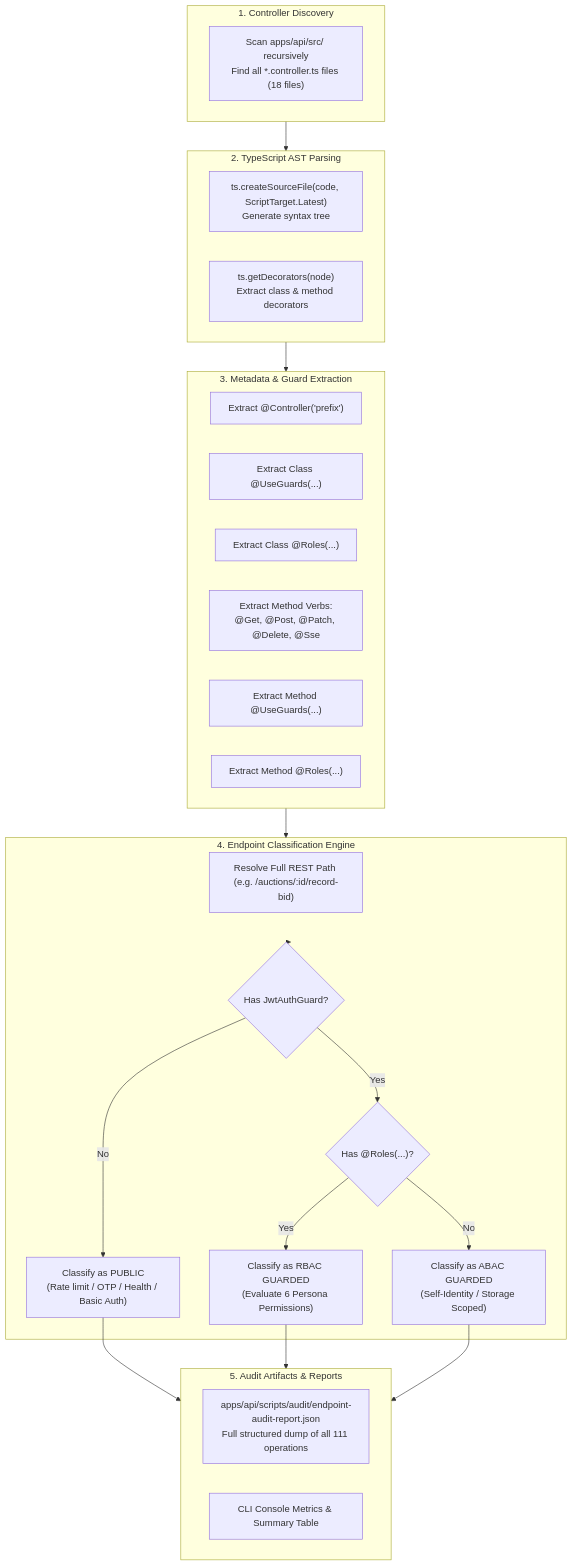
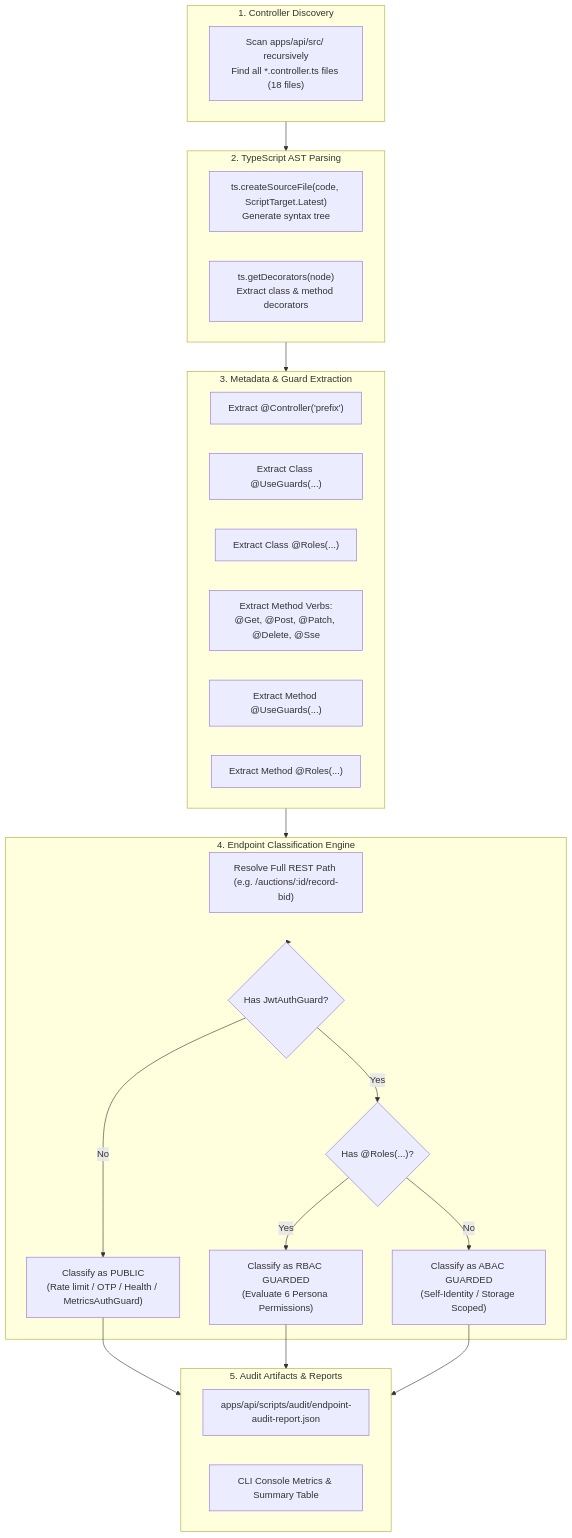
One commit to Kathir-24/Kumaran-finance changed the diagram in apps/api/scripts/docs/audit-persona-enforcement.md. Above: the diagram before and after it, drawn with Mermaid. The commit also changed other lines of this file and 4 other files, not shown here.

````diff
--- a/apps/api/scripts/docs/audit-persona-enforcement.md
+++ b/apps/api/scripts/docs/audit-persona-enforcement.md
@@ -37,46 +22,46 @@
 ```mermaid
 flowchart TD
     subgraph Discovery ["1. Controller Discovery"]
         Scan["Scan apps/api/src/ recursively\nFind all *.controller.ts files (18 files)"]
     end
 
     subgraph AST_Parser ["2. TypeScript AST Parsing"]
         TS["ts.createSourceFile(code, ScriptTarget.Latest)\nGenerate syntax tree"]
         Dec["ts.getDecorators(node)\nExtract class & method decorators"]
     end
 
     subgraph Extraction ["3. Metadata & Guard Extraction"]
         C_Route["Extract @Controller('prefix')"]
         C_Guards["Extract Class @UseGuards(...)"]
         C_Roles["Extract Class @Roles(...)"]
         M_Verb["Extract Method Verbs:\n@Get, @Post, @Patch, @Delete, @Sse"]
         M_Guards["Extract Method @UseGuards(...)"]
         M_Roles["Extract Method @Roles(...)"]
     end
 
     subgraph Classifier ["4. Endpoint Classification Engine"]
         RouteBuilder["Resolve Full REST Path (e.g. /auctions/:id/record-bid)"]
         PublicCheck{"Has JwtAuthGuard?"}
         RolesCheck{"Has @Roles(...)?"}
-        Cat_Public["Classify as PUBLIC\n(Rate limit / OTP / Health / Basic Auth)"]
+        Cat_Public["Classify as PUBLIC\n(Rate limit / OTP / Health / MetricsAuthGuard)"]
         Cat_RBAC["Classify as RBAC GUARDED\n(Evaluate 6 Persona Permissions)"]
         Cat_ABAC["Classify as ABAC GUARDED\n(Self-Identity / Storage Scoped)"]
     end
 
     subgraph Outputs ["5. Audit Artifacts & Reports"]
-        JSON["apps/api/scripts/audit/endpoint-audit-report.json\nFull structured dump of all 111 operations"]
+        JSON["apps/api/scripts/audit/endpoint-audit-report.json"]
         CLI["CLI Console Metrics & Summary Table"]
     end
 
     Discovery --> AST_Parser
     AST_Parser --> Extraction
     Extraction --> Classifier
     Classifier --> PublicCheck
     PublicCheck -- No --> Cat_Public
     PublicCheck -- Yes --> RolesCheck
     RolesCheck -- Yes --> Cat_RBAC
     RolesCheck -- No --> Cat_ABAC
     Cat_Public --> Outputs
     Cat_RBAC --> Outputs
     Cat_ABAC --> Outputs
 ```
````
